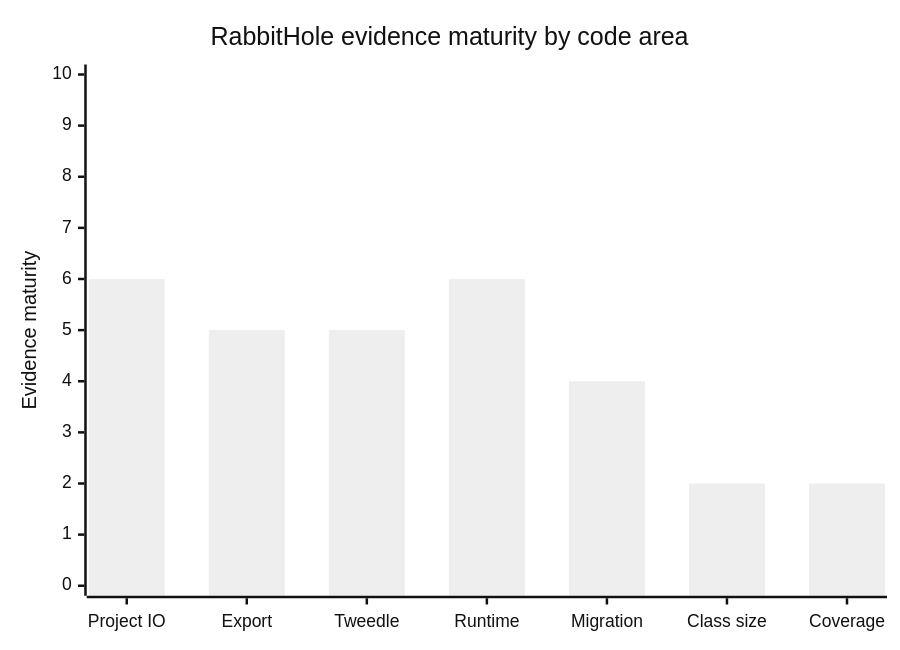
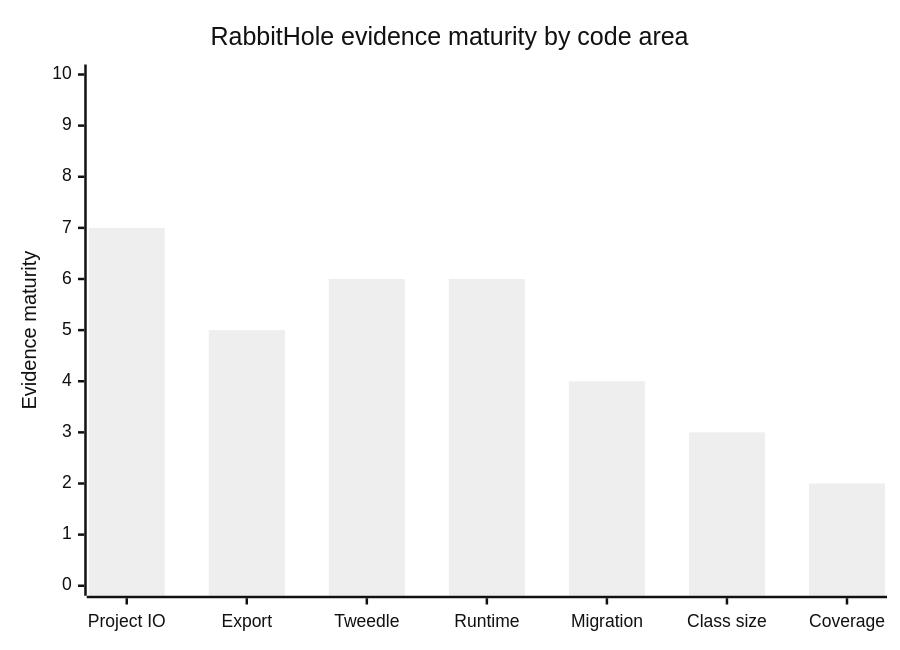
One commit to rysweet/drinkme changed the third of 6 diagrams in README.md. Above: the diagram before and after it, drawn with Mermaid (neutral theme). The commit also changed other lines of this file, not shown here.

````diff
--- a/README.md
+++ b/README.md
@@ -64,7 +64,7 @@
 ```mermaid
 xychart-beta
   title "RabbitHole evidence maturity by code area"
   x-axis ["Project IO", "Export", "Tweedle", "Runtime", "Migration", "Class size", "Coverage"]
   y-axis "Evidence maturity" 0 --> 10
-  bar [6, 5, 5, 6, 4, 2, 2]
+  bar [7, 5, 6, 6, 4, 3, 2]
 ```
````
